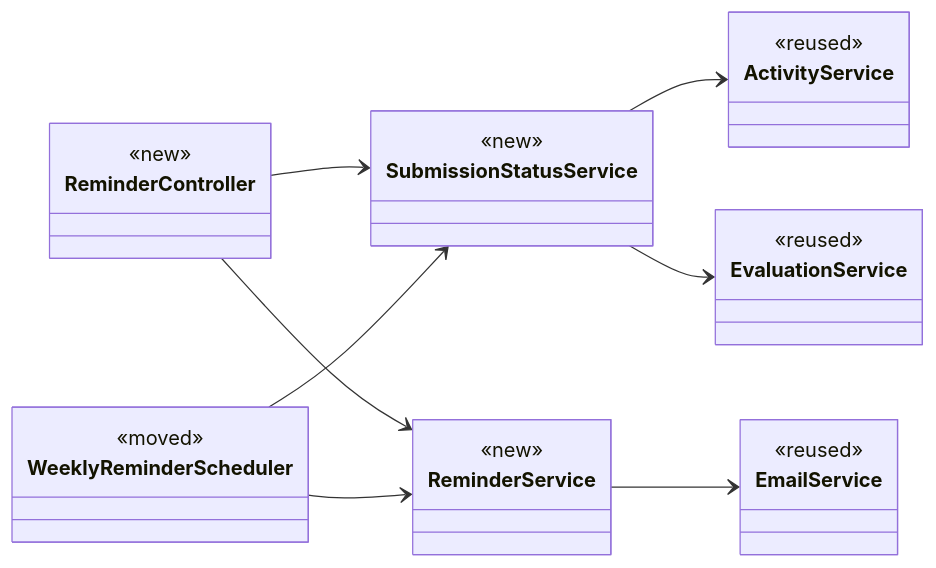
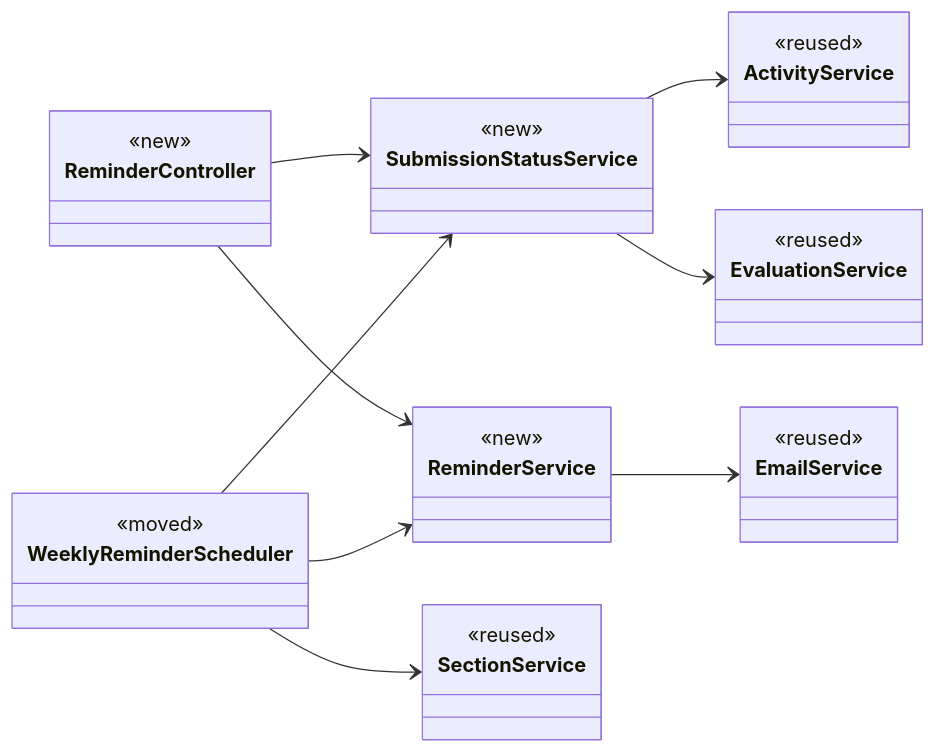
One commit to Washingtonwei/cosc-40943 changed the second of 4 diagrams in docs/slides/design-of-record.md. Above: the diagram before and after it, drawn with Mermaid. The commit also changed other lines of this file and 1 other file, not shown here.

Commit message:
Design of record: class diagrams match not.md's scheduler path; module 4.4 compares the two sequence diagrams

````diff
--- a/docs/slides/design-of-record.md
+++ b/docs/slides/design-of-record.md
@@ -230,32 +230,36 @@
 ```mermaid
 classDiagram
     direction LR
     class ReminderController {
         <<new>>
     }
     class SubmissionStatusService {
         <<new>>
     }
     class ReminderService {
         <<new>>
     }
     class WeeklyReminderScheduler {
         <<moved>>
     }
     class ActivityService {
         <<reused>>
     }
     class EvaluationService {
         <<reused>>
     }
     class EmailService {
         <<reused>>
     }
+    class SectionService {
+        <<reused>>
+    }
     ReminderController --> SubmissionStatusService
     ReminderController --> ReminderService
+    WeeklyReminderScheduler --> SectionService
     WeeklyReminderScheduler --> SubmissionStatusService
     WeeklyReminderScheduler --> ReminderService
     SubmissionStatusService --> ActivityService
     SubmissionStatusService --> EvaluationService
     ReminderService --> EmailService
 ```
````
